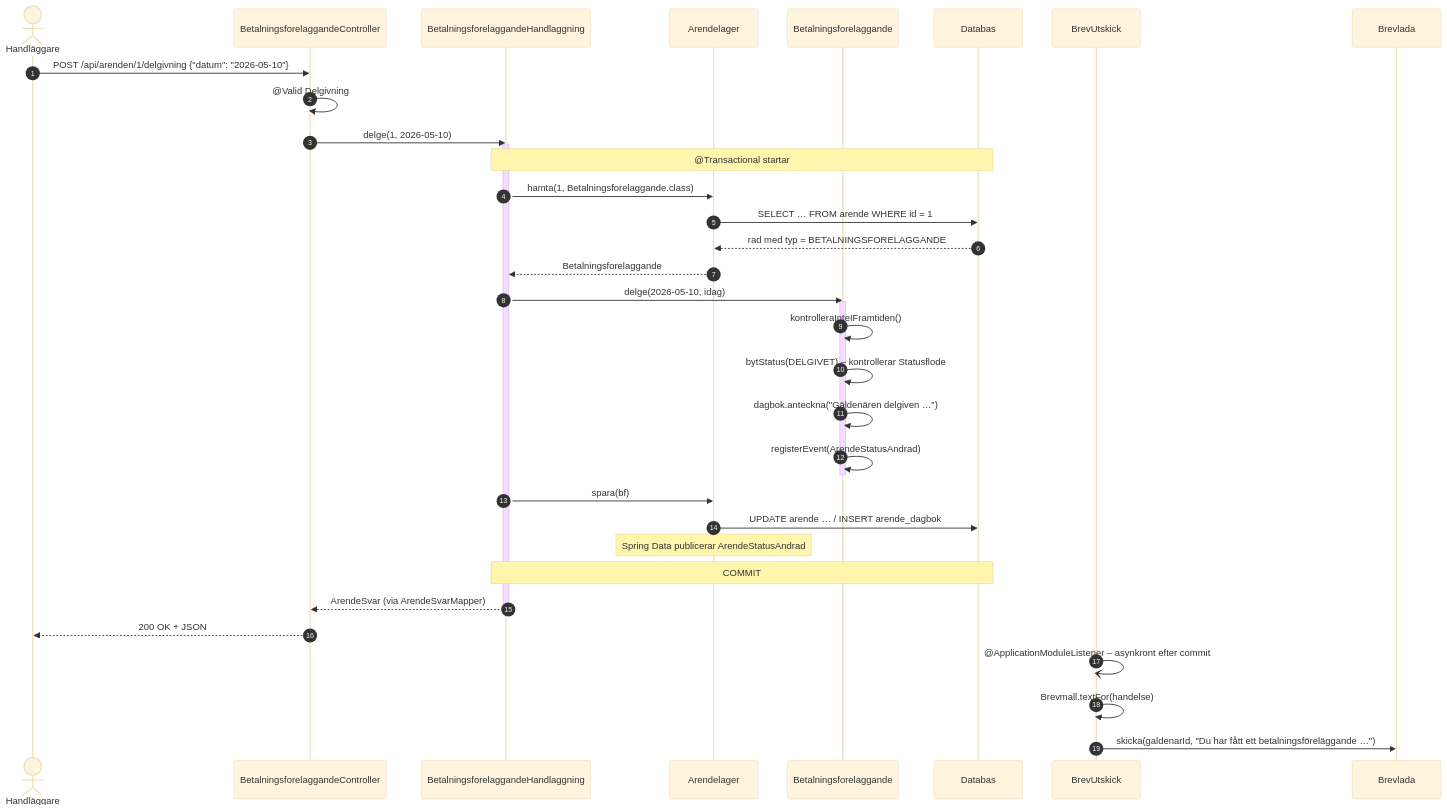
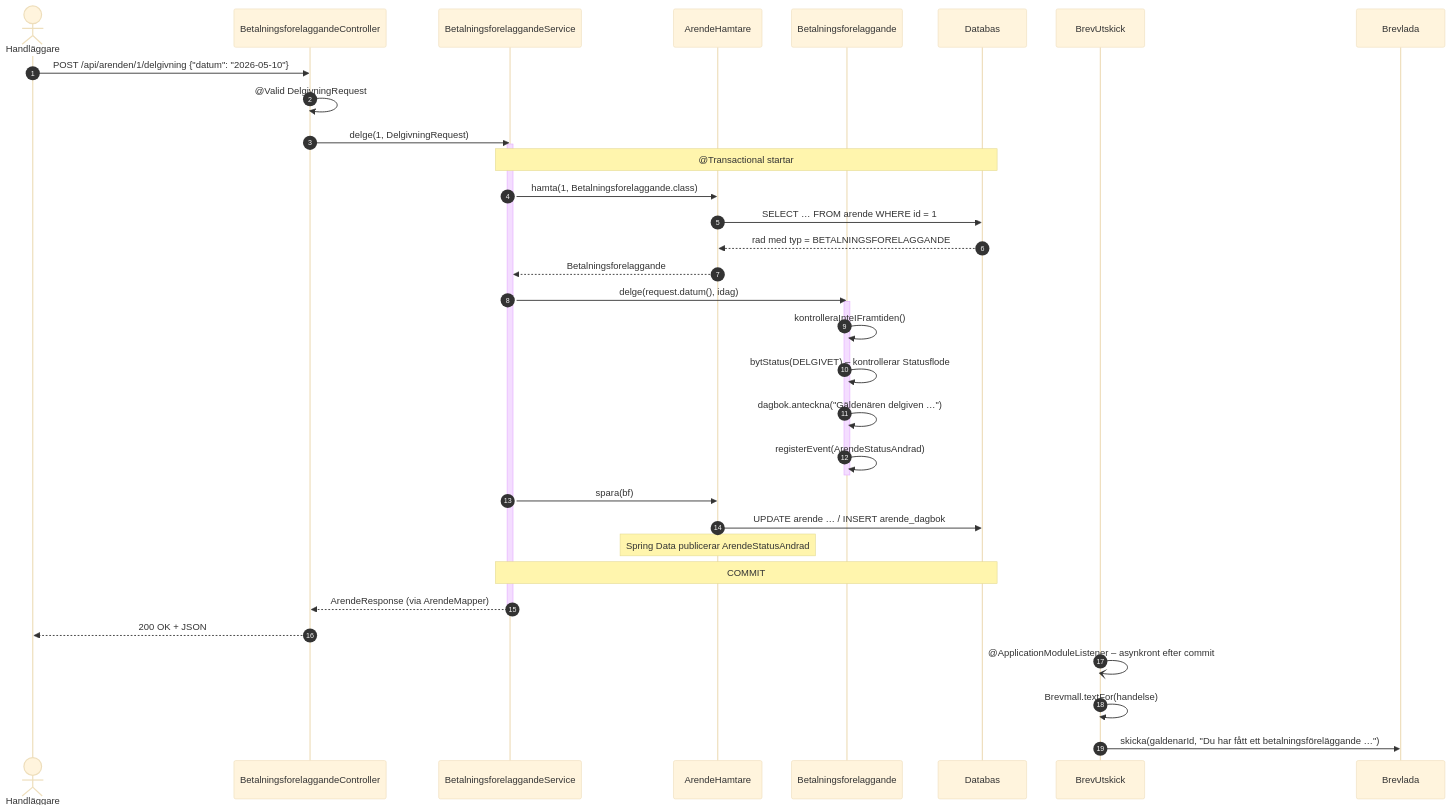
One commit to JudyTutala95/skuld-handlaggning changed diagram 11 of 14 in docs/diagram.md. Above: the diagram before and after it, drawn with Mermaid (base theme). The commit also changed other lines of this file and 127 other files, not shown here.

````diff
--- a/docs/diagram.md
+++ b/docs/diagram.md
@@ -539,40 +603,40 @@
 ```mermaid
 sequenceDiagram
     autonumber
     actor H as Handläggare
     participant C as BetalningsforelaggandeController
-    participant UC as BetalningsforelaggandeHandlaggning
-    participant L as Arendelager
+    participant UC as BetalningsforelaggandeService
+    participant L as ArendeHamtare
     participant BF as Betalningsforelaggande
     participant DB as Databas
     participant N as BrevUtskick
     participant BL as Brevlada
 
     H->>C: POST /api/arenden/1/delgivning {"datum": "2026-05-10"}
-    C->>C: @Valid Delgivning
-    C->>UC: delge(1, 2026-05-10)
+    C->>C: @Valid DelgivningRequest
+    C->>UC: delge(1, DelgivningRequest)
     activate UC
     Note over UC,DB: @Transactional startar
     UC->>L: hamta(1, Betalningsforelaggande.class)
     L->>DB: SELECT … FROM arende WHERE id = 1
     DB-->>L: rad med typ = BETALNINGSFORELAGGANDE
     L-->>UC: Betalningsforelaggande
-    UC->>BF: delge(2026-05-10, idag)
+    UC->>BF: delge(request.datum(), idag)
     activate BF
     BF->>BF: kontrolleraInteIFramtiden()
     BF->>BF: bytStatus(DELGIVET) – kontrollerar Statusflode
     BF->>BF: dagbok.anteckna("Gäldenären delgiven …")
     BF->>BF: registerEvent(ArendeStatusAndrad)
     deactivate BF
     UC->>L: spara(bf)
     L->>DB: UPDATE arende … / INSERT arende_dagbok
     Note over L: Spring Data publicerar ArendeStatusAndrad
     Note over UC,DB: COMMIT
-    UC-->>C: ArendeSvar (via ArendeSvarMapper)
+    UC-->>C: ArendeResponse (via ArendeMapper)
     deactivate UC
     C-->>H: 200 OK + JSON
 
     N-)N: @ApplicationModuleListener – asynkront efter commit
     N->>N: Brevmall.textFor(handelse)
     N->>BL: skicka(galdenarId, "Du har fått ett betalningsföreläggande …")
 ```
````
